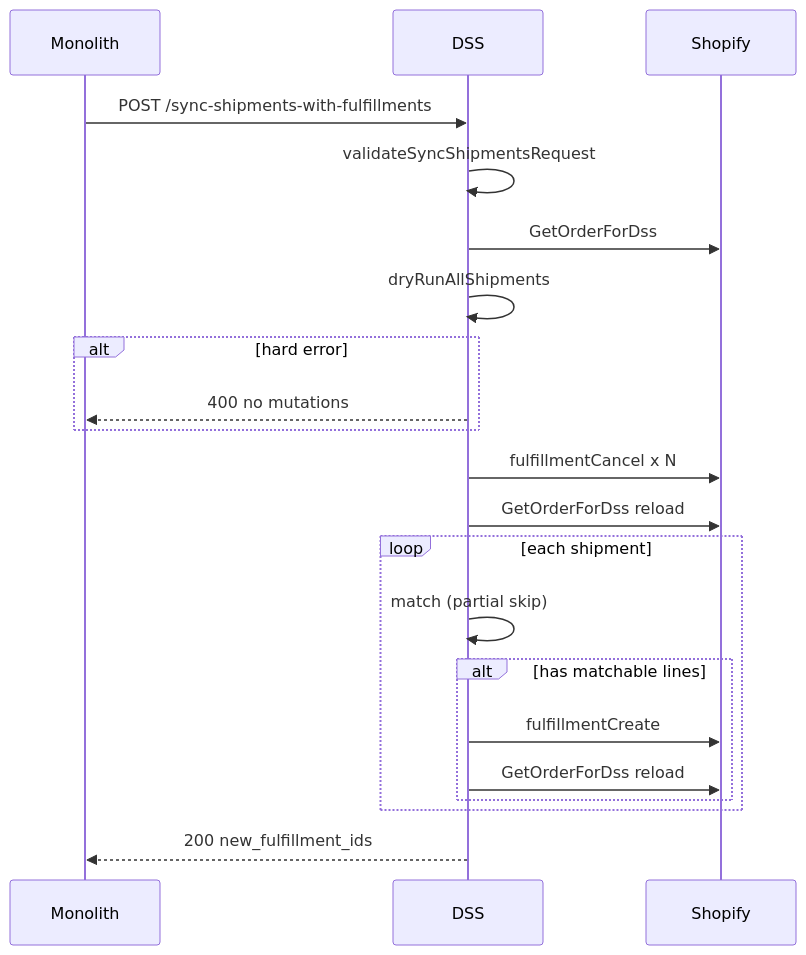
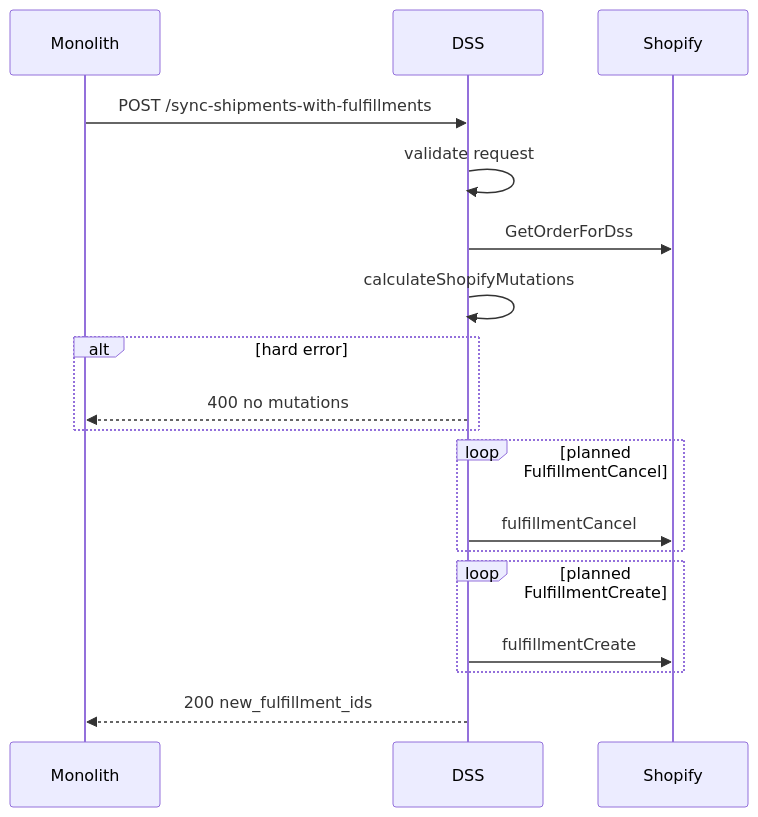
The second of 2 diagrams in specs/fulfillment-shipment-fo-mapping.md (cies/kotlin-graphql-example), drawn with Mermaid before and after one commit. The commit also changed other lines of this file and 25 other files, not shown here.

````diff
--- a/specs/fulfillment-shipment-fo-mapping.md
+++ b/specs/fulfillment-shipment-fo-mapping.md
@@ -362,24 +352,21 @@
 ```mermaid
 sequenceDiagram
   participant M as Monolith
   participant DSS
   participant S as Shopify
 
   M->>DSS: POST /sync-shipments-with-fulfillments
-  DSS->>DSS: validateSyncShipmentsRequest
+  DSS->>DSS: validate request
   DSS->>S: GetOrderForDss
-  DSS->>DSS: dryRunAllShipments
+  DSS->>DSS: calculateShopifyMutations
   alt hard error
     DSS-->>M: 400 no mutations
   end
-  DSS->>S: fulfillmentCancel x N
-  DSS->>S: GetOrderForDss reload
-  loop each shipment
-    DSS->>DSS: match (partial skip)
-    alt has matchable lines
-      DSS->>S: fulfillmentCreate
-      DSS->>S: GetOrderForDss reload
-    end
+  loop planned FulfillmentCancel
+    DSS->>S: fulfillmentCancel
+  end
+  loop planned FulfillmentCreate
+    DSS->>S: fulfillmentCreate
   end
   DSS-->>M: 200 new_fulfillment_ids
 ```
````
